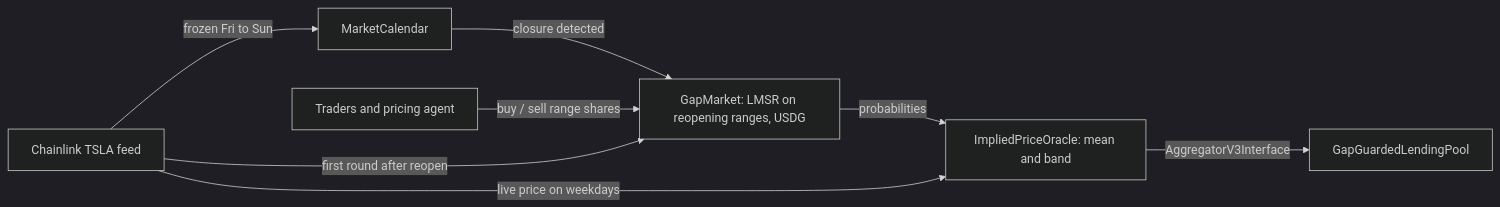
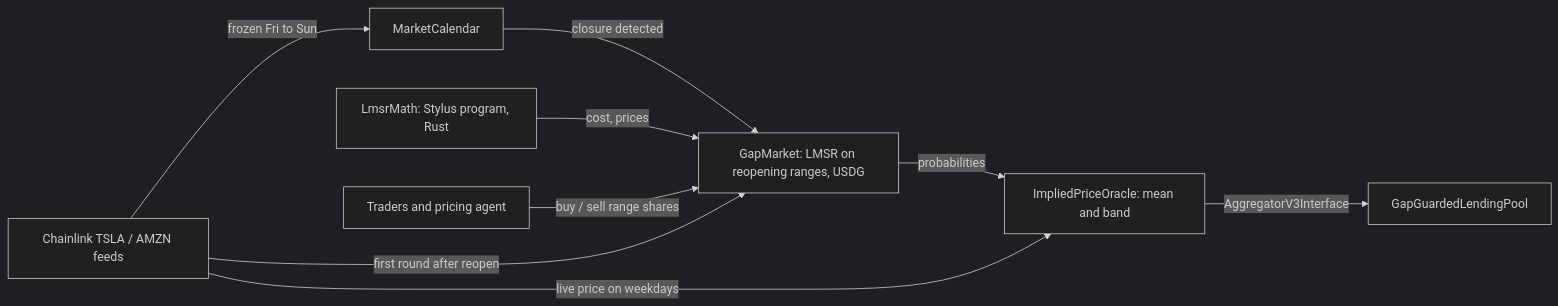
The diagram in README.md (adilhusain01/Gapline), drawn with Mermaid (dark theme) before and after one commit. The commit also changed other lines of this file and 4 other files, not shown here.

First line of the commit message:
docs: v3 with Stylus pricing and AMZN

````diff
--- a/README.md
+++ b/README.md
@@ -29,10 +31,11 @@
 ```mermaid
 flowchart LR
-    A[Chainlink TSLA feed] -->|frozen Fri to Sun| B[MarketCalendar]
+    A[Chainlink TSLA / AMZN feeds] -->|frozen Fri to Sun| B[MarketCalendar]
     B -->|closure detected| C[GapMarket: LMSR on reopening ranges, USDG]
+    S[LmsrMath: Stylus program, Rust] -->|cost, prices| C
     D[Traders and pricing agent] -->|buy / sell range shares| C
     C -->|probabilities| E[ImpliedPriceOracle: mean and band]
     A -->|live price on weekdays| E
     E -->|AggregatorV3Interface| F[GapGuardedLendingPool]
     A -->|first round after reopen| C
 ```
````
